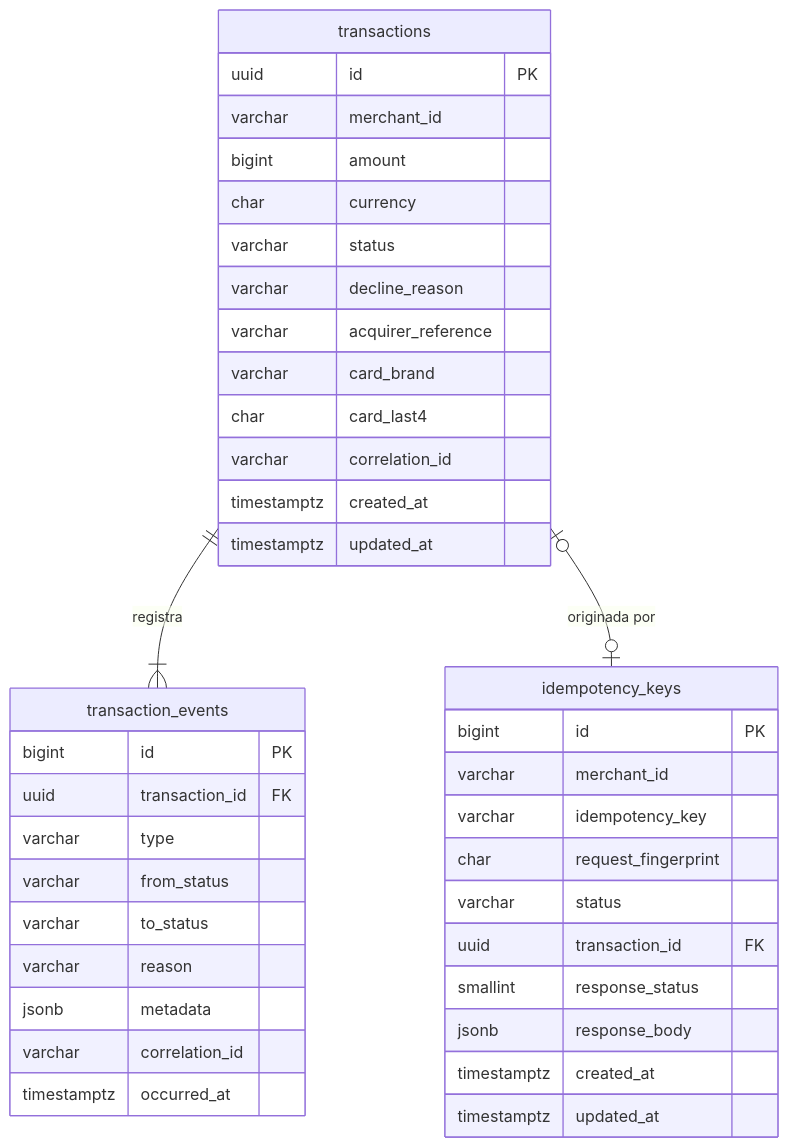
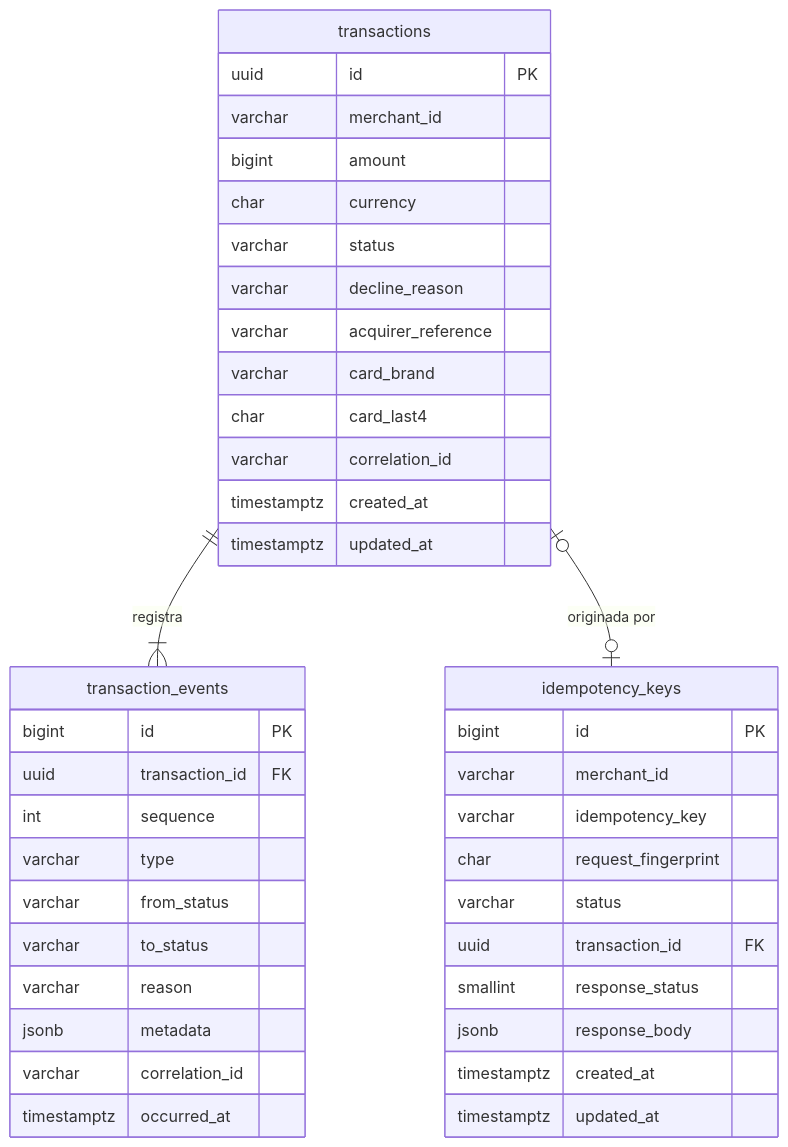
One commit to Guillermo-Octavio/desafio-retail-laravel-angular-postgresql changed the fifth of 6 diagrams in docs/03-domain-model.md. Above: the diagram before and after it, drawn with Mermaid. The commit also changed other lines of this file and 8 other files, not shown here.

Commit message:
fix(api): store transaction events idempotently by their sequence number

````diff
--- a/docs/03-domain-model.md
+++ b/docs/03-domain-model.md
@@ -269,43 +269,44 @@
 ```mermaid
 erDiagram
     transactions ||--|{ transaction_events : "registra"
     transactions |o--o| idempotency_keys : "originada por"
 
     transactions {
         uuid id PK
         varchar merchant_id
         bigint amount
         char currency
         varchar status
         varchar decline_reason
         varchar acquirer_reference
         varchar card_brand
         char card_last4
         varchar correlation_id
         timestamptz created_at
         timestamptz updated_at
     }
     transaction_events {
         bigint id PK
         uuid transaction_id FK
+        int sequence
         varchar type
         varchar from_status
         varchar to_status
         varchar reason
         jsonb metadata
         varchar correlation_id
         timestamptz occurred_at
     }
     idempotency_keys {
         bigint id PK
         varchar merchant_id
         varchar idempotency_key
         char request_fingerprint
         varchar status
         uuid transaction_id FK
         smallint response_status
         jsonb response_body
         timestamptz created_at
         timestamptz updated_at
     }
 ```
````
